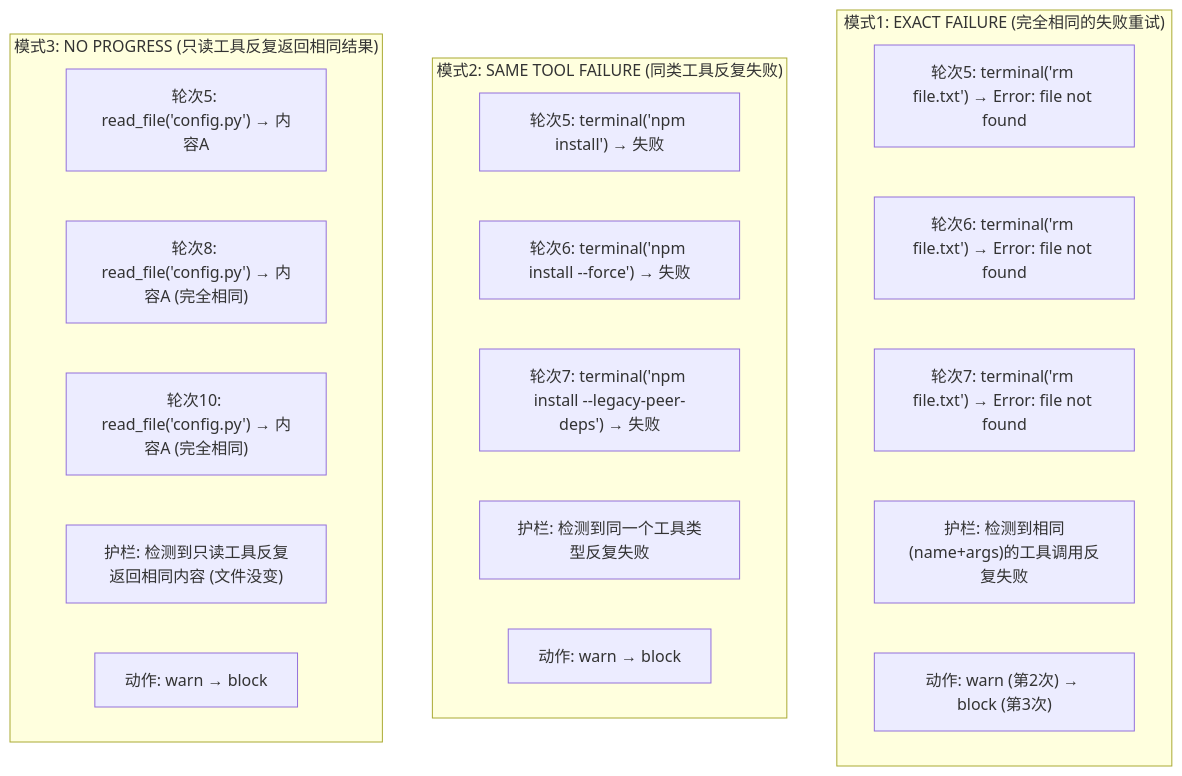
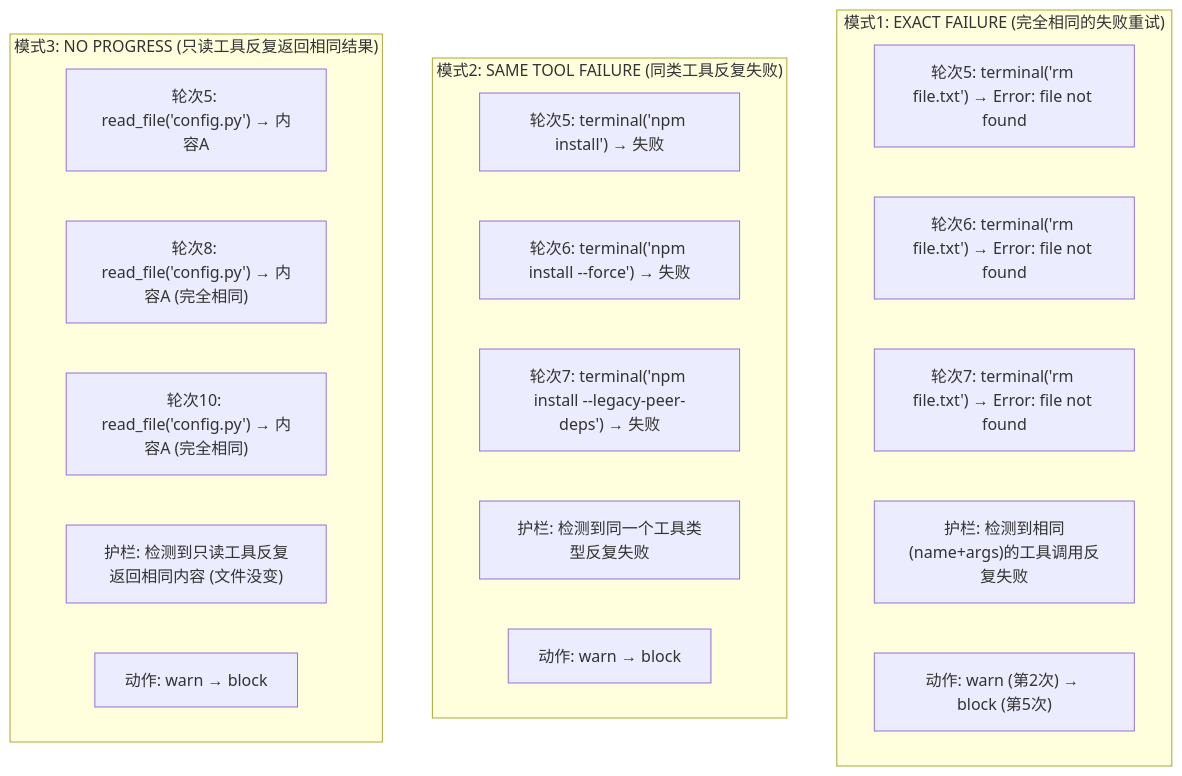
One commit to keyuanweb/ai-learning-path changed the fifth of 7 diagrams in hermes-learning-path/08-高级特性.md. Above: the diagram before and after it, drawn with Mermaid. The commit also changed other lines of this file and 176 other files, not shown here.

First line of the commit message:
docs: 全仓库文档校对修复——错别字/失效链接/Mermaid图/源码引用

````diff
--- a/hermes-learning-path/08-高级特性.md
+++ b/hermes-learning-path/08-高级特性.md
@@ -411,24 +411,24 @@
 ```mermaid
 graph TD
     subgraph P1["模式1: EXACT FAILURE (完全相同的失败重试)"]
         A1["轮次5: terminal('rm file.txt') → Error: file not found"]
         A2["轮次6: terminal('rm file.txt') → Error: file not found"]
         A3["轮次7: terminal('rm file.txt') → Error: file not found"]
         A4["护栏: 检测到相同(name+args)的工具调用反复失败"]
-        A5["动作: warn (第2次) → block (第3次)"]
+        A5["动作: warn (第2次) → block (第5次)"]
     end
     subgraph P2["模式2: SAME TOOL FAILURE (同类工具反复失败)"]
         B1["轮次5: terminal('npm install') → 失败"]
         B2["轮次6: terminal('npm install --force') → 失败"]
         B3["轮次7: terminal('npm install --legacy-peer-deps') → 失败"]
         B4["护栏: 检测到同一个工具类型反复失败"]
         B5["动作: warn → block"]
     end
     subgraph P3["模式3: NO PROGRESS (只读工具反复返回相同结果)"]
         C1["轮次5: read_file('config.py') → 内容A"]
         C2["轮次8: read_file('config.py') → 内容A (完全相同)"]
         C3["轮次10: read_file('config.py') → 内容A (完全相同)"]
         C4["护栏: 检测到只读工具反复返回相同内容 (文件没变)"]
         C5["动作: warn → block"]
     end
 ```
````
